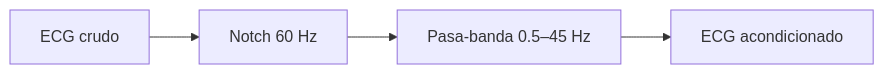
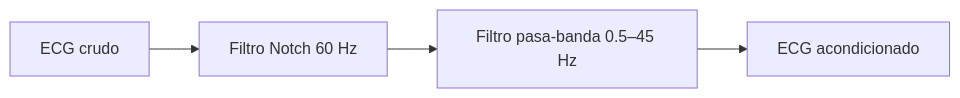
The second of 7 diagrams in Laboratorios/Lab_5/Proyecto.md (aylee1703/GRUPO5-ISB-2026-II), drawn with Mermaid before and after one commit. The commit also changed other lines of this file, not shown here.

````diff
--- a/Laboratorios/Lab_5/Proyecto.md
+++ b/Laboratorios/Lab_5/Proyecto.md
@@ -154,6 +170,6 @@
 ```mermaid
 flowchart LR
-    A[ECG crudo] --> B[Notch 60 Hz]
-    B --> C[Pasa-banda 0.5–45 Hz]
+    A[ECG crudo] --> B[Filtro Notch 60 Hz]
+    B --> C[Filtro pasa-banda 0.5–45 Hz]
     C --> D[ECG acondicionado]
 ```
````
